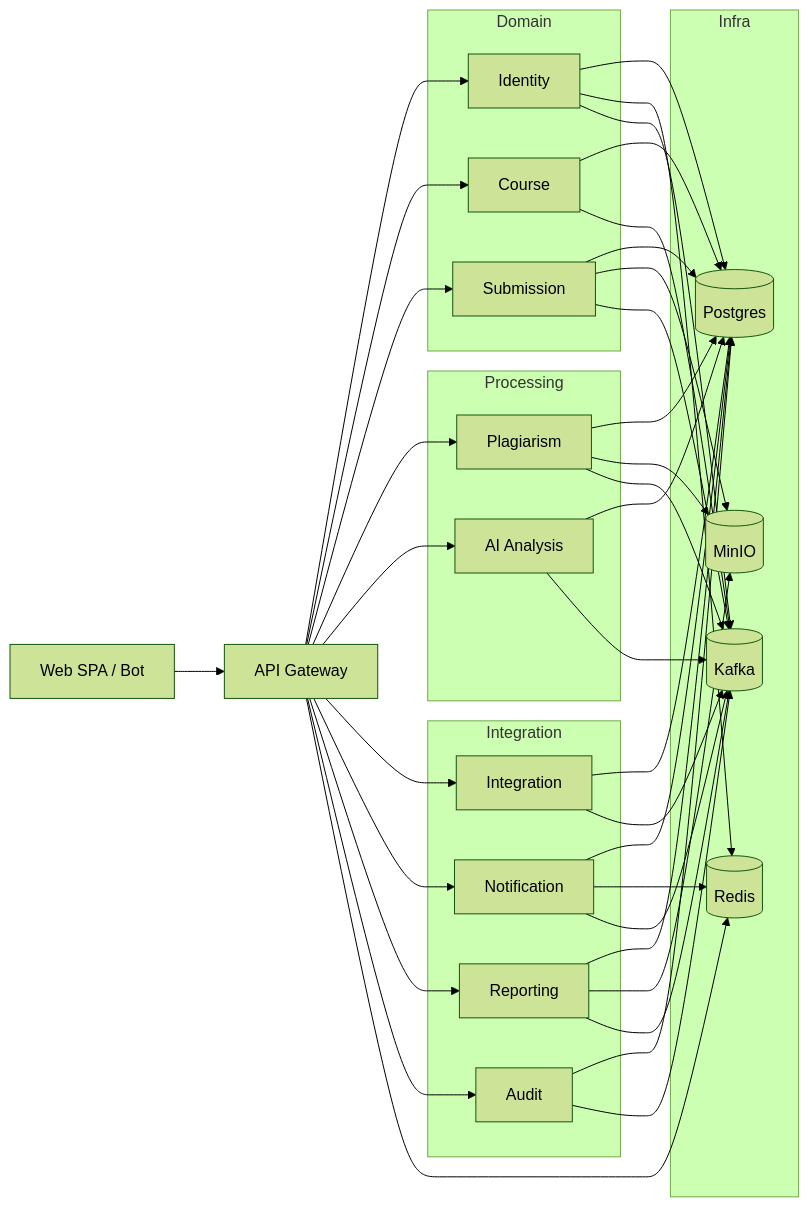
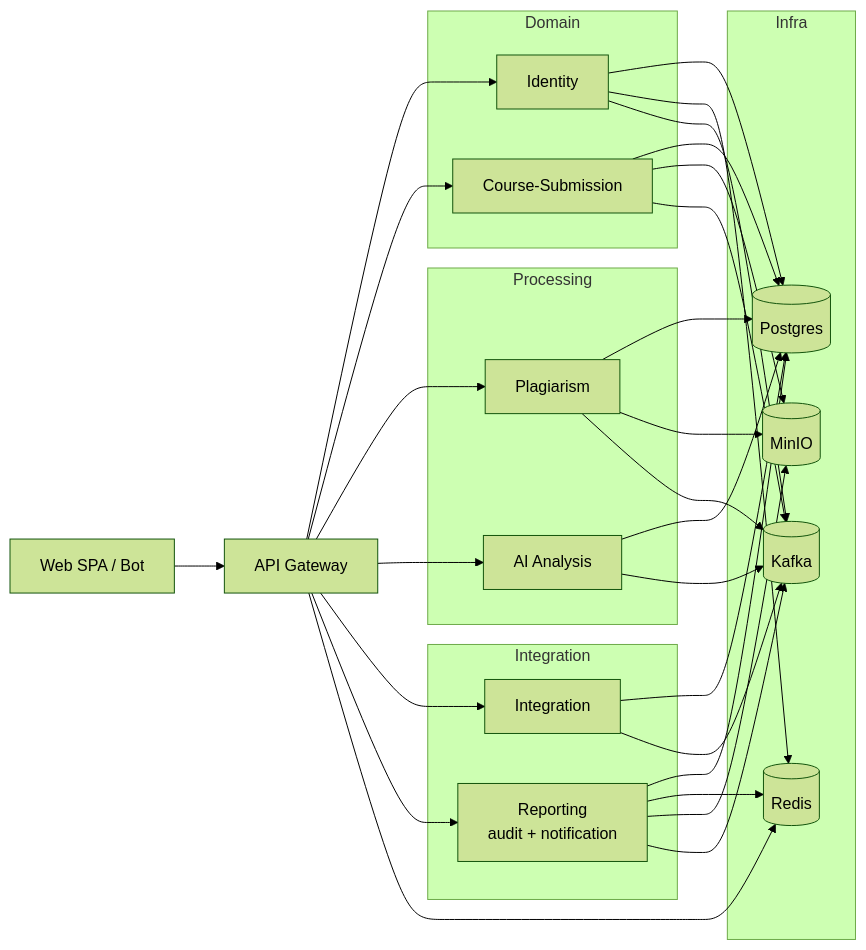
The diagram in README.md (Dimodic/PlagLens), drawn with Mermaid (forest theme) before and after one commit. The commit also changed other lines of this file and 335 other files, not shown here.

````diff
--- a/README.md
+++ b/README.md
@@ -21,32 +19,29 @@
 ```mermaid
 flowchart LR
     User[Web SPA / Bot]
     GW[API Gateway]
     subgraph Domain
         ID[Identity]
-        CS[Course]
-        SS[Submission]
+        CS[Course-Submission]
     end
     subgraph Processing
         PS[Plagiarism]
         AI[AI Analysis]
     end
     subgraph Integration
         IS[Integration]
-        NS[Notification]
-        RS[Reporting]
-        AS[Audit]
+        RP[Reporting<br/>audit + notification]
     end
     subgraph Infra
         PG[(Postgres)]
         RD[(Redis)]
         KF[(Kafka)]
         S3[(MinIO)]
     end
     User --> GW
-    GW --> ID & CS & SS & PS & AI & IS & NS & RS & AS
-    ID & CS & SS & PS & AI & IS & NS & RS & AS --> PG
-    ID & GW & NS --> RD
-    SS & PS & RS --> S3
-    ID & CS & SS & IS & PS & AI & NS & RS & AS --> KF
+    GW --> ID & CS & PS & AI & IS & RP
+    ID & CS & PS & AI & IS & RP --> PG
+    ID & GW & RP --> RD
+    CS & PS & RP --> S3
+    ID & CS & IS & PS & AI & RP --> KF
 ```
````
